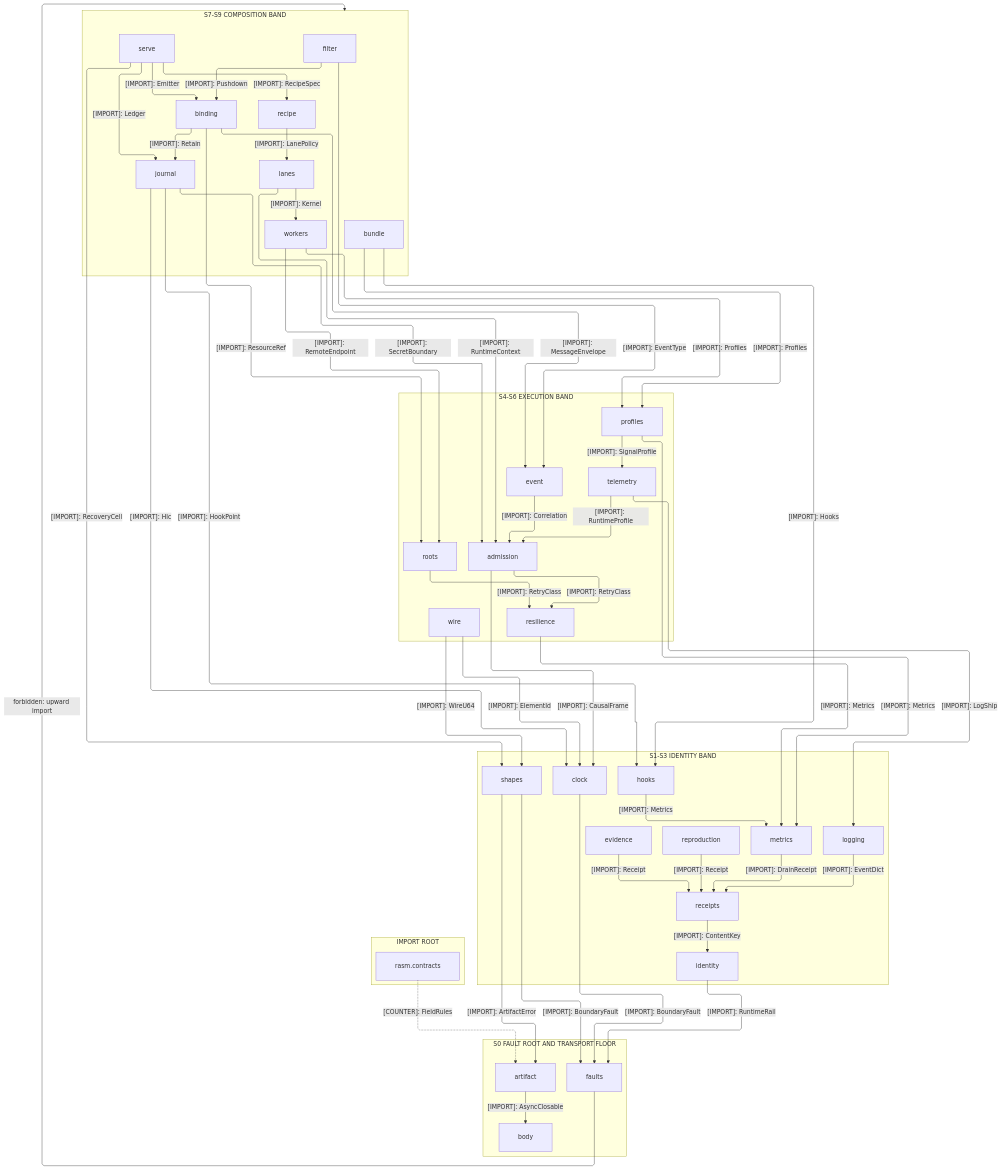
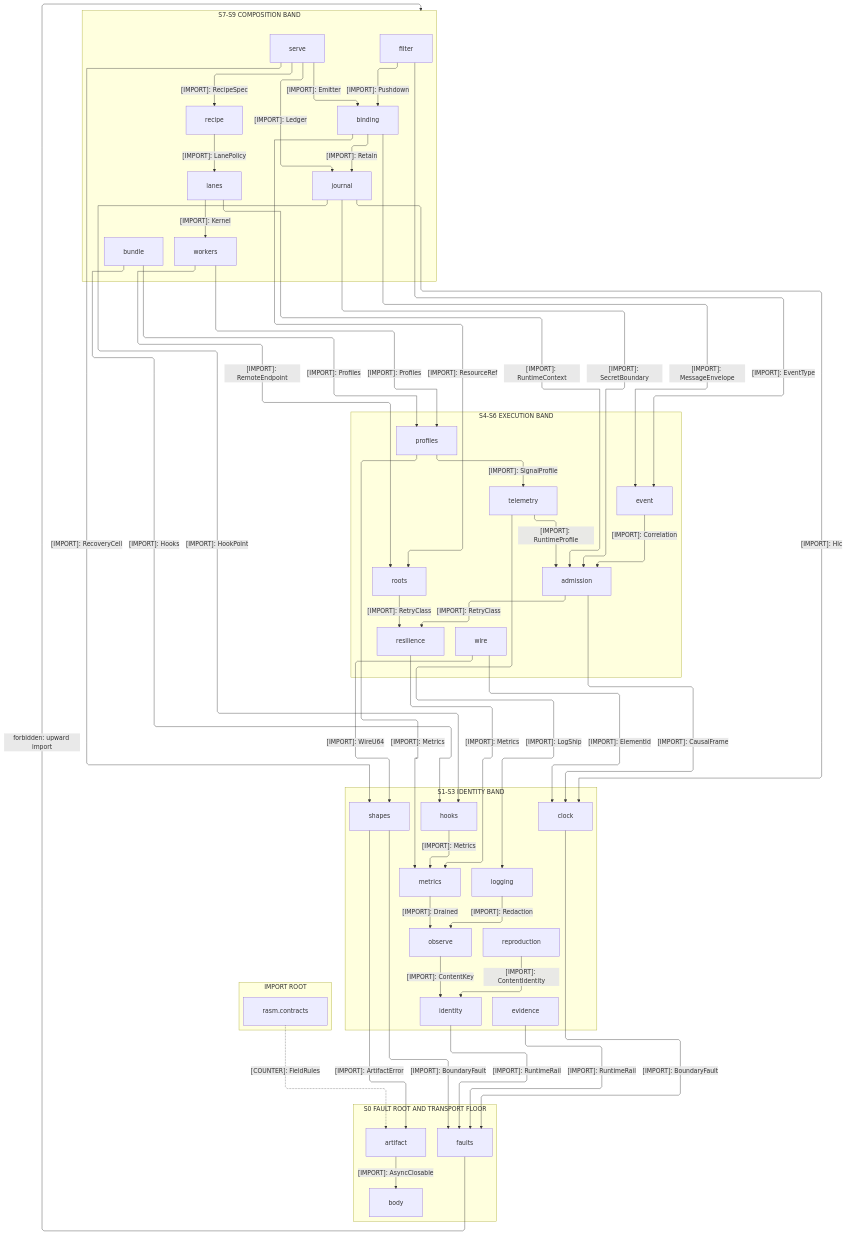
The first of 4 diagrams in libs/python/runtime/ARCHITECTURE.md (bsamiee/Rasm), drawn with Mermaid before and after one commit. The commit also changed other lines of this file and 1417 other files, not shown here.

```diff
--- a/libs/python/runtime/ARCHITECTURE.md
+++ b/libs/python/runtime/ARCHITECTURE.md
@@ -80,7 +80,7 @@
         Logging[logging]
         Reproduction[reproduction]
         Evidence[evidence]
-        Receipts[receipts]
+        Observe[observe]
         Clock[clock]
         Shapes[shapes]
         Identity[identity]
@@ -124,11 +124,11 @@
     Roots e31@-->|"[IMPORT]: RetryClass"| Resilience
     Resilience e32@-->|"[IMPORT]: Metrics"| Metrics
     Hooks e33@-->|"[IMPORT]: Metrics"| Metrics
-    Metrics e34@-->|"[IMPORT]: DrainReceipt"| Receipts
-    Logging e35@-->|"[IMPORT]: EventDict"| Receipts
-    Reproduction e36@-->|"[IMPORT]: Receipt"| Receipts
-    Evidence e37@-->|"[IMPORT]: Receipt"| Receipts
-    Receipts e38@-->|"[IMPORT]: ContentKey"| Identity
+    Metrics e34@-->|"[IMPORT]: Drained"| Observe
+    Logging e35@-->|"[IMPORT]: Redaction"| Observe
+    Reproduction e36@-->|"[IMPORT]: ContentIdentity"| Identity
+    Evidence e37@-->|"[IMPORT]: RuntimeRail"| Faults
+    Observe e38@-->|"[IMPORT]: ContentKey"| Identity
     Identity e39@-->|"[IMPORT]: RuntimeRail"| Faults
     Shapes e40@-->|"[IMPORT]: BoundaryFault"| Faults
     Clock e41@-->|"[IMPORT]: BoundaryFault"| Faults
```
